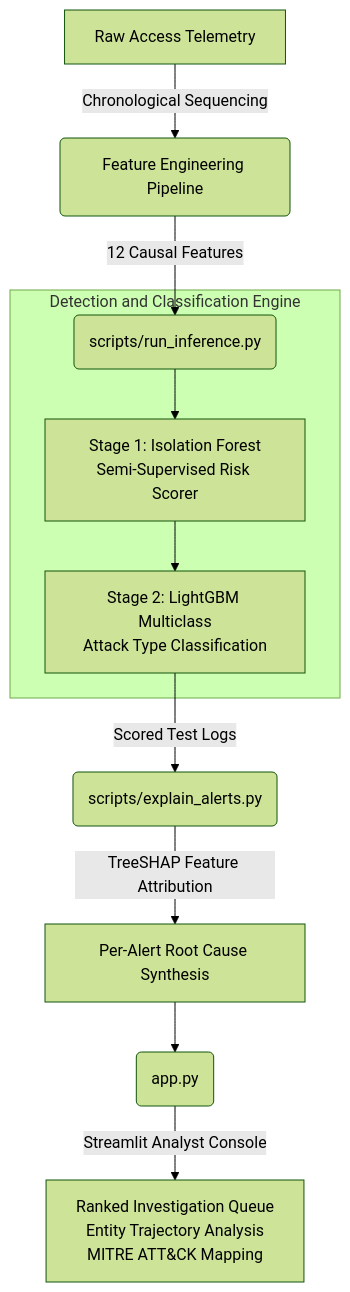
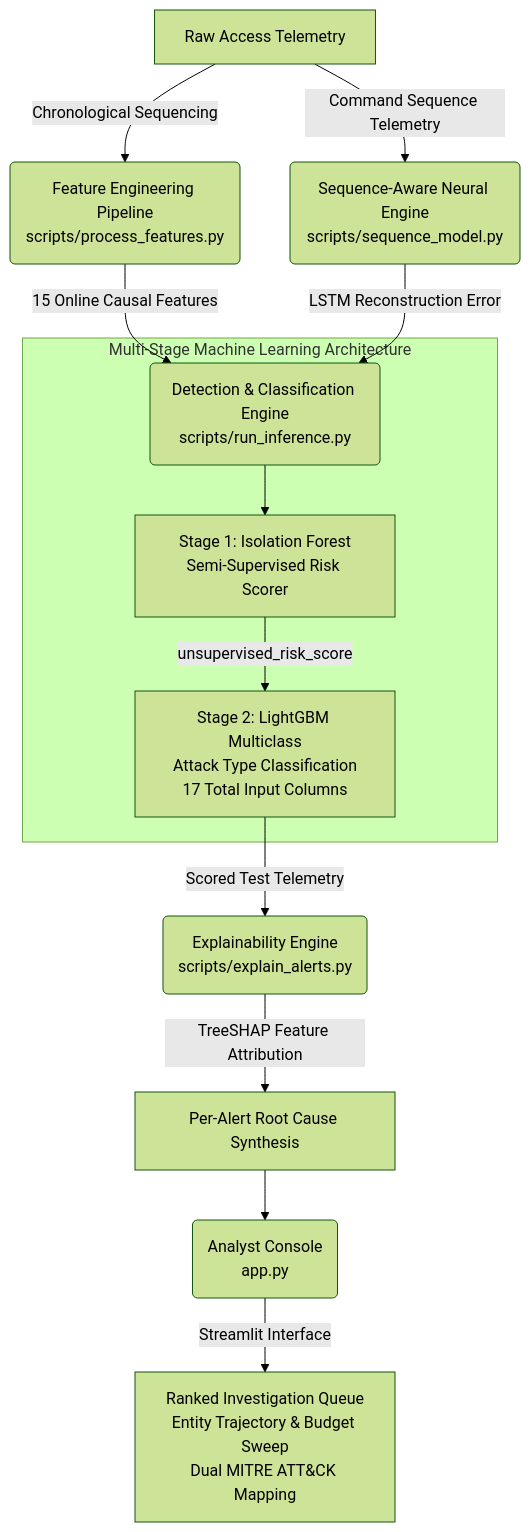
The diagram in README.md (YashBhardwaj21/behavioral_anomaly_detection), drawn with Mermaid (forest theme) before and after one commit. The commit also changed other lines of this file, not shown here.

Commit message:
docs: Rewrite comprehensive architecture documentation and integrate confirmed evaluation metrics

````diff
--- a/README.md
+++ b/README.md
@@ -11,15 +11,18 @@
 ```mermaid
 graph TD
-    A[Raw Access Telemetry] -->|Chronological Sequencing| B(Feature Engineering Pipeline)
-    B -->|12 Causal Features| C(scripts/run_inference.py)
+    A[Raw Access Telemetry] -->|Chronological Sequencing| B(Feature Engineering Pipeline<br>scripts/process_features.py)
+    A -->|Command Sequence Telemetry| C(Sequence-Aware Neural Engine<br>scripts/sequence_model.py)
     
-    subgraph Detection and Classification Engine
-        C --> D[Stage 1: Isolation Forest<br>Semi-Supervised Risk Scorer]
-        D --> E[Stage 2: LightGBM Multiclass<br>Attack Type Classification]
+    B -->|15 Online Causal Features| D(Detection & Classification Engine<br>scripts/run_inference.py)
+    C -->|LSTM Reconstruction Error| D
+    
+    subgraph Multi-Stage Machine Learning Architecture
+        D --> E[Stage 1: Isolation Forest<br>Semi-Supervised Risk Scorer]
+        E -->|unsupervised_risk_score| F[Stage 2: LightGBM Multiclass<br>Attack Type Classification<br>17 Total Input Columns]
     end
     
-    E -->|Scored Test Logs| F(scripts/explain_alerts.py)
-    F -->|TreeSHAP Feature Attribution| G[Per-Alert Root Cause Synthesis]
-    G --> H(app.py)
-    H -->|Streamlit Analyst Console| I[Ranked Investigation Queue<br>Entity Trajectory Analysis<br>MITRE ATT&CK Mapping]
+    F -->|Scored Test Telemetry| G(Explainability Engine<br>scripts/explain_alerts.py)
+    G -->|TreeSHAP Feature Attribution| H[Per-Alert Root Cause Synthesis]
+    H --> I(Analyst Console<br>app.py)
+    I -->|Streamlit Interface| J[Ranked Investigation Queue<br>Entity Trajectory & Budget Sweep<br>Dual MITRE ATT&CK Mapping]
 ```
````
